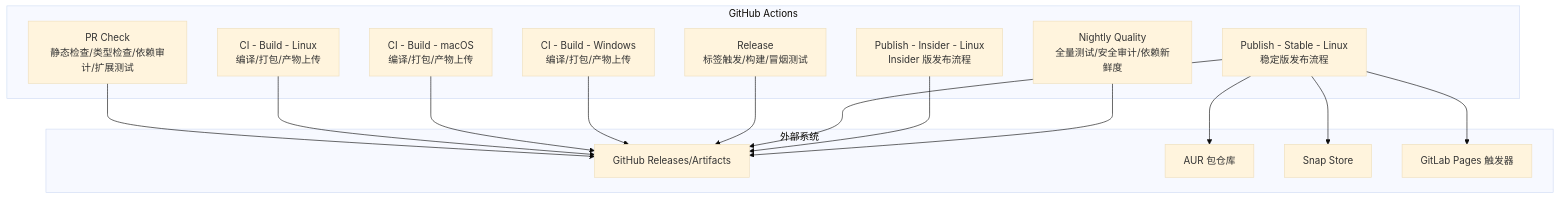
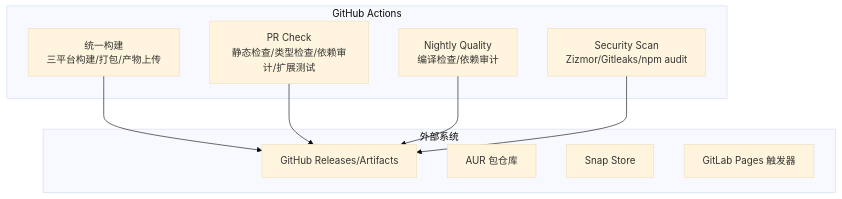
Before and after one commit to sofate798/KodrixCode: the first of 9 diagrams in .qoder/repowiki/zh/content/构建与部署/持续集成.md, drawn with Mermaid (base theme). The commit also changed other lines of this file and 6 other files, not shown here.

````diff
--- a/.qoder/repowiki/zh/content/构建与部署/持续集成.md
+++ b/.qoder/repowiki/zh/content/构建与部署/持续集成.md
@@ -41,30 +45,19 @@
 ```mermaid
 graph TB
 subgraph "GitHub Actions"
+BUILD["统一构建<br/>三平台构建/打包/产物上传"]
 PR["PR Check<br/>静态检查/类型检查/依赖审计/扩展测试"]
-BUILD_LNX["CI - Build - Linux<br/>编译/打包/产物上传"]
-BUILD_MAC["CI - Build - macOS<br/>编译/打包/产物上传"]
-BUILD_WIN["CI - Build - Windows<br/>编译/打包/产物上传"]
-RELEASE["Release<br/>标签触发/构建/冒烟测试"]
-PUB_STABLE["Publish - Stable - Linux<br/>稳定版发布流程"]
-PUB_INSIDER["Publish - Insider - Linux<br/>Insider 版发布流程"]
-NIGHTLY["Nightly Quality<br/>全量测试/安全审计/依赖新鲜度"]
+NIGHTLY["Nightly Quality<br/>编译检查/依赖审计"]
+SECURITY["Security Scan<br/>Zizmor/Gitleaks/npm audit"]
 end
 subgraph "外部系统"
 GH["GitHub Releases/Artifacts"]
 AUR["AUR 包仓库"]
 SNAP["Snap Store"]
 GITLAB["GitLab Pages 触发器"]
 end
+BUILD --> GH
 PR --> GH
-BUILD_LNX --> GH
-BUILD_MAC --> GH
-BUILD_WIN --> GH
-RELEASE --> GH
-PUB_STABLE --> GH
-PUB_STABLE --> AUR
-PUB_STABLE --> SNAP
-PUB_STABLE --> GITLAB
-PUB_INSIDER --> GH
 NIGHTLY --> GH
+SECURITY --> GH
 ```
````
